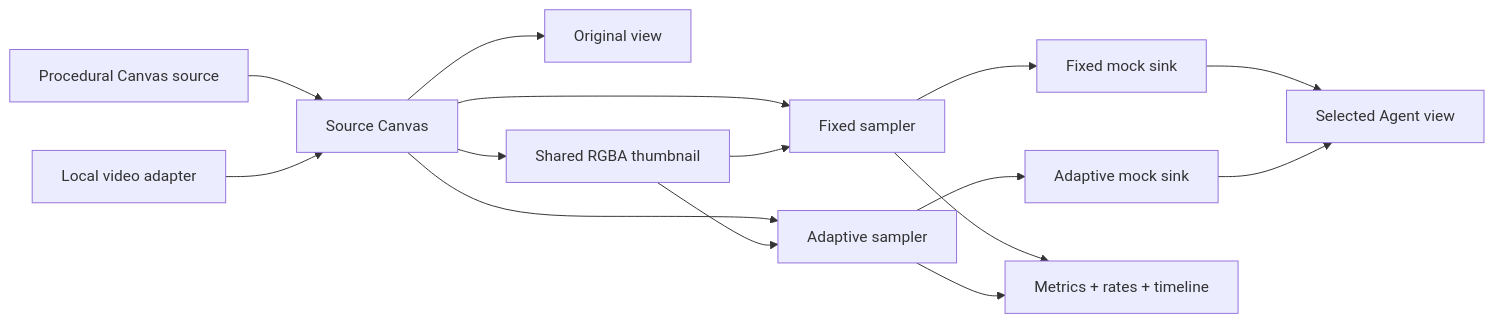
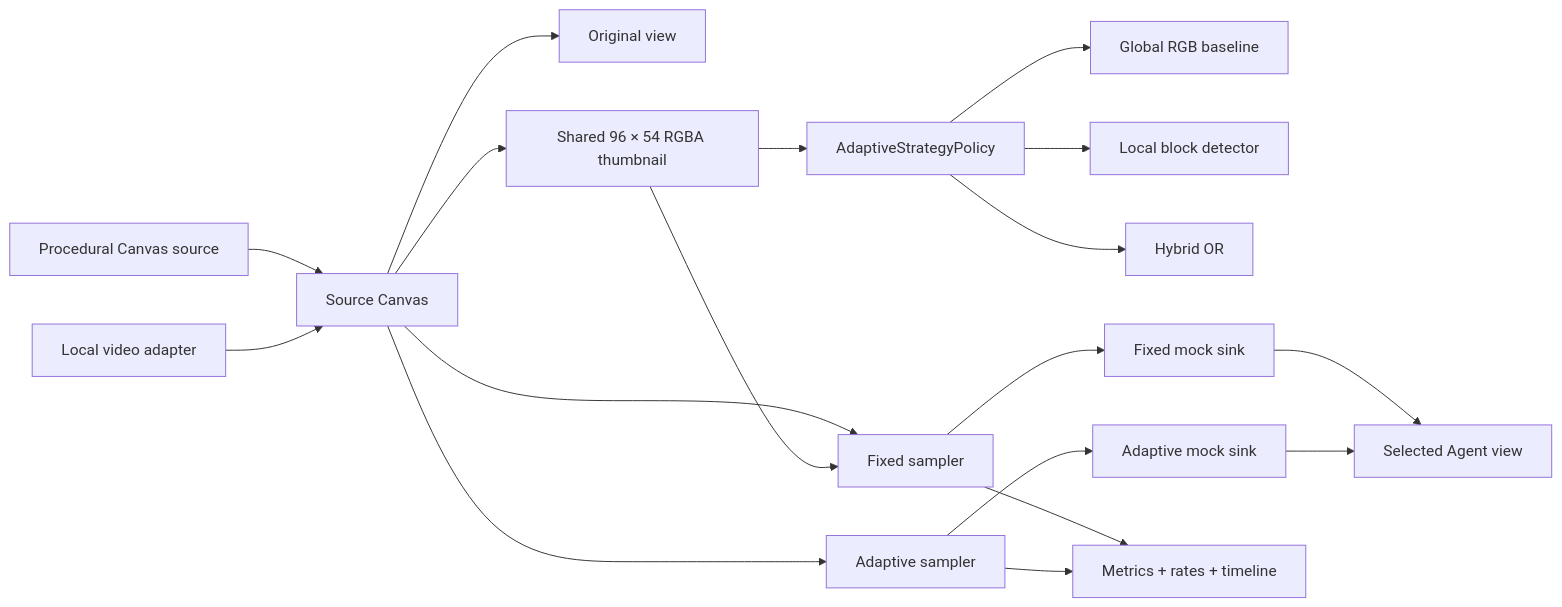
The diagram in ARCHITECTURE.md (WaterMelonKnight/SemanticStream), drawn with Mermaid before and after one commit. The commit also changed other lines of this file and 27 other files, not shown here.

````diff
--- a/ARCHITECTURE.md
+++ b/ARCHITECTURE.md
@@ -7,17 +7,20 @@
 ```mermaid
 flowchart LR
   Demo[Procedural Canvas source] --> SourceCanvas[Source Canvas]
   Video[Local video adapter] --> SourceCanvas
   SourceCanvas --> Fixed[Fixed sampler]
   SourceCanvas --> Adaptive[Adaptive sampler]
   SourceCanvas --> Original[Original view]
-  SourceCanvas --> Thumb[Shared RGBA thumbnail]
+  SourceCanvas --> Thumb[Shared 96 × 54 RGBA thumbnail]
   Thumb --> Fixed
-  Thumb --> Adaptive
+  Thumb --> Strategy[AdaptiveStrategyPolicy]
+  Strategy --> Global[Global RGB baseline]
+  Strategy --> Local[Local block detector]
+  Strategy --> Hybrid[Hybrid OR]
   Fixed --> FixedSink[Fixed mock sink]
   Adaptive --> AdaptiveSink[Adaptive mock sink]
   Fixed --> Metrics[Metrics + rates + timeline]
   Adaptive --> Metrics
   FixedSink --> Agent[Selected Agent view]
   AdaptiveSink --> Agent
 ```
````
